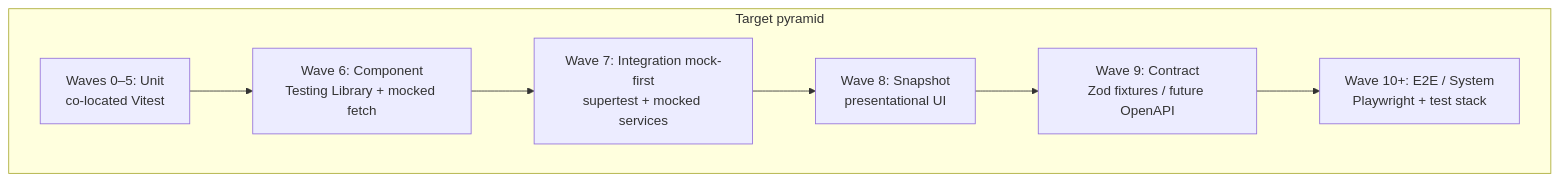
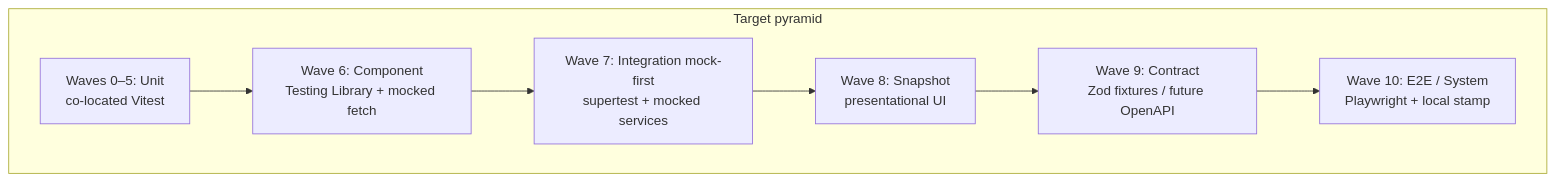
Before and after one commit to arcanewords-app/arcane-reader: the diagram in docs/05-plans/testing-strategy.md, drawn with Mermaid. The commit also changed other lines of this file and 39 other files, not shown here.

First line of the commit message:
feat: integrate Playwright for local E2E testing and update documentation

````diff
--- a/docs/05-plans/testing-strategy.md
+++ b/docs/05-plans/testing-strategy.md
@@ -20,12 +20,12 @@
 ```mermaid
 flowchart TB
   subgraph target [Target pyramid]
-    E2E["Wave 10+: E2E / System\nPlaywright + test stack"]
+    E2E["Wave 10: E2E / System\nPlaywright + local stamp"]
     CONTRACT["Wave 9: Contract\nZod fixtures / future OpenAPI"]
     SNAP["Wave 8: Snapshot\npresentational UI"]
     INT["Wave 7: Integration mock-first\nsupertest + mocked services"]
     COMP["Wave 6: Component\nTesting Library + mocked fetch"]
     UNIT["Waves 0–5: Unit\nco-located Vitest"]
   end
   UNIT --> COMP --> INT --> SNAP --> CONTRACT --> E2E
 ```
````
